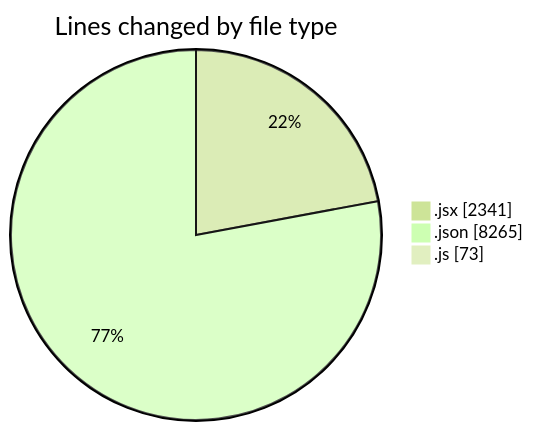
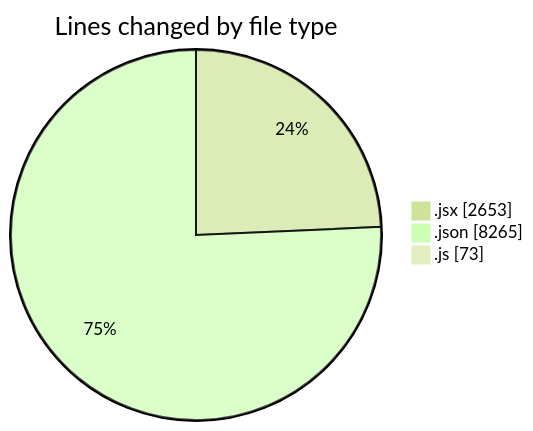
The first of 2 diagrams in 2025-12-23/nxtqube_webapp/README.md (nxtqubesakshisongat/code-tracking), drawn with Mermaid (forest theme) before and after one commit. The commit also changed other lines of this file and 1 other file, not shown here.

````diff
--- a/2025-12-23/nxtqube_webapp/README.md
+++ b/2025-12-23/nxtqube_webapp/README.md
@@ -24,7 +24,7 @@
 ```mermaid
 pie showData
 title Lines changed by file type
-".jsx" : 2341
+".jsx" : 2653
 ".json" : 8265
 ".js" : 73
 ```
````
